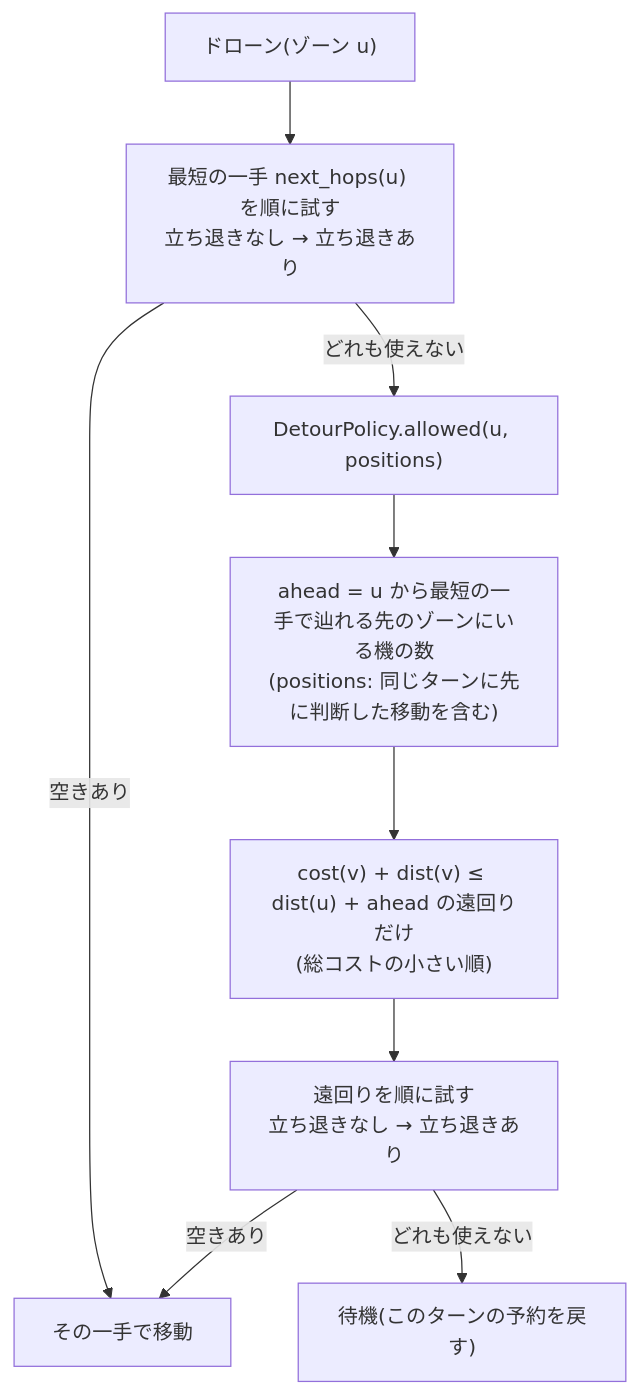
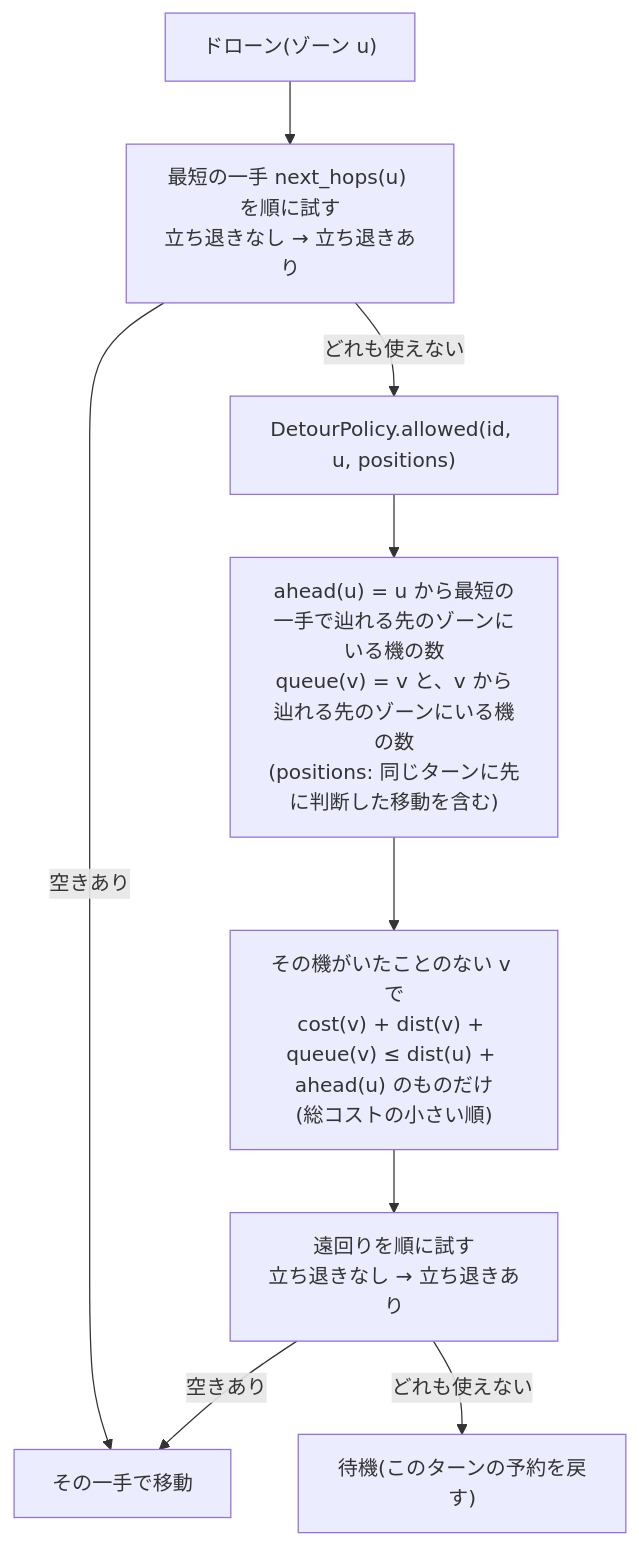
One commit to saikawakiruya-droid/fly_in changed the second of 3 diagrams in docs/research/2026-10-20_workflow-detour-hops.md. Above: the diagram before and after it, drawn with Mermaid. The commit also changed other lines of this file and 1 other file, not shown here.

Commit message:
Record the visited-zone detour rule in decisions and the workflow

````diff
--- a/docs/research/2026-10-20_workflow-detour-hops.md
+++ b/docs/research/2026-10-20_workflow-detour-hops.md
@@ -62,11 +67,11 @@
 ```mermaid
 flowchart TD
     A["ドローン(ゾーン u)"] --> B["最短の一手 next_hops(u) を順に試す<br/>立ち退きなし → 立ち退きあり"]
     B -- 空きあり --> M["その一手で移動"]
-    B -- どれも使えない --> C["DetourPolicy.allowed(u, positions)"]
-    C --> D["ahead = u から最短の一手で辿れる先のゾーンにいる機の数<br/>(positions: 同じターンに先に判断した移動を含む)"]
-    D --> E["cost(v) + dist(v) ≤ dist(u) + ahead の遠回りだけ<br/>(総コストの小さい順)"]
+    B -- どれも使えない --> C["DetourPolicy.allowed(id, u, positions)"]
+    C --> D["ahead(u) = u から最短の一手で辿れる先のゾーンにいる機の数<br/>queue(v) = v と、v から辿れる先のゾーンにいる機の数<br/>(positions: 同じターンに先に判断した移動を含む)"]
+    D --> E["その機がいたことのない v で<br/>cost(v) + dist(v) + queue(v) ≤ dist(u) + ahead(u) のものだけ<br/>(総コストの小さい順)"]
     E --> F["遠回りを順に試す<br/>立ち退きなし → 立ち退きあり"]
     F -- 空きあり --> M
     F -- どれも使えない --> W["待機(このターンの予約を戻す)"]
 ```
````
